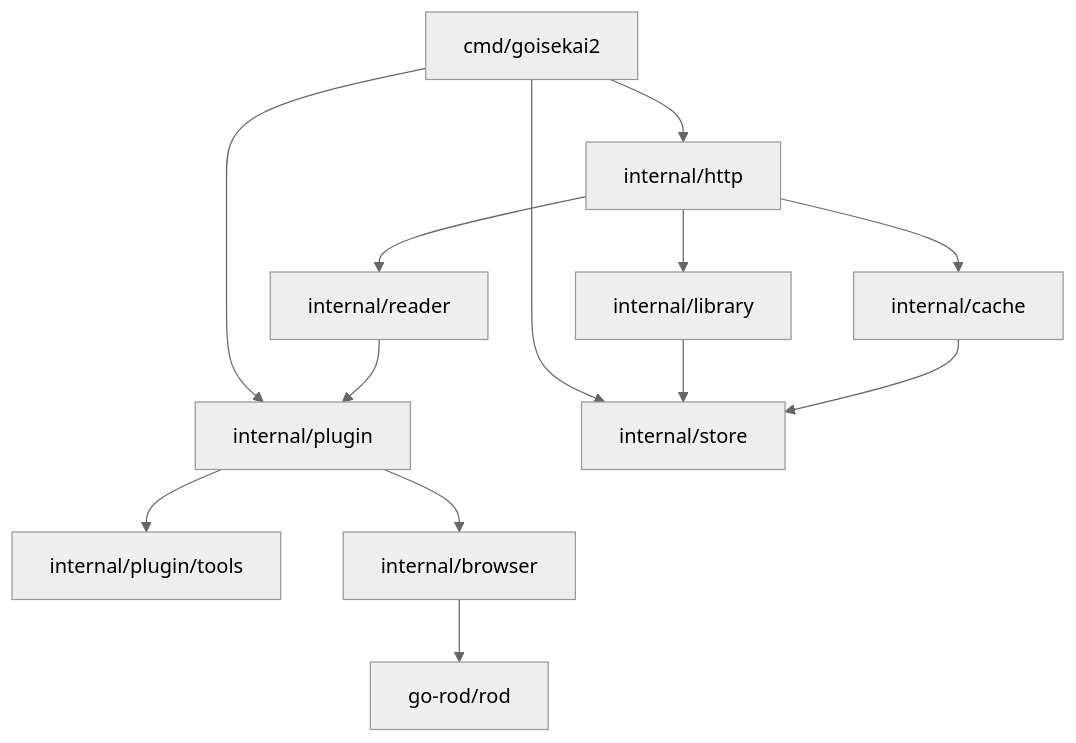
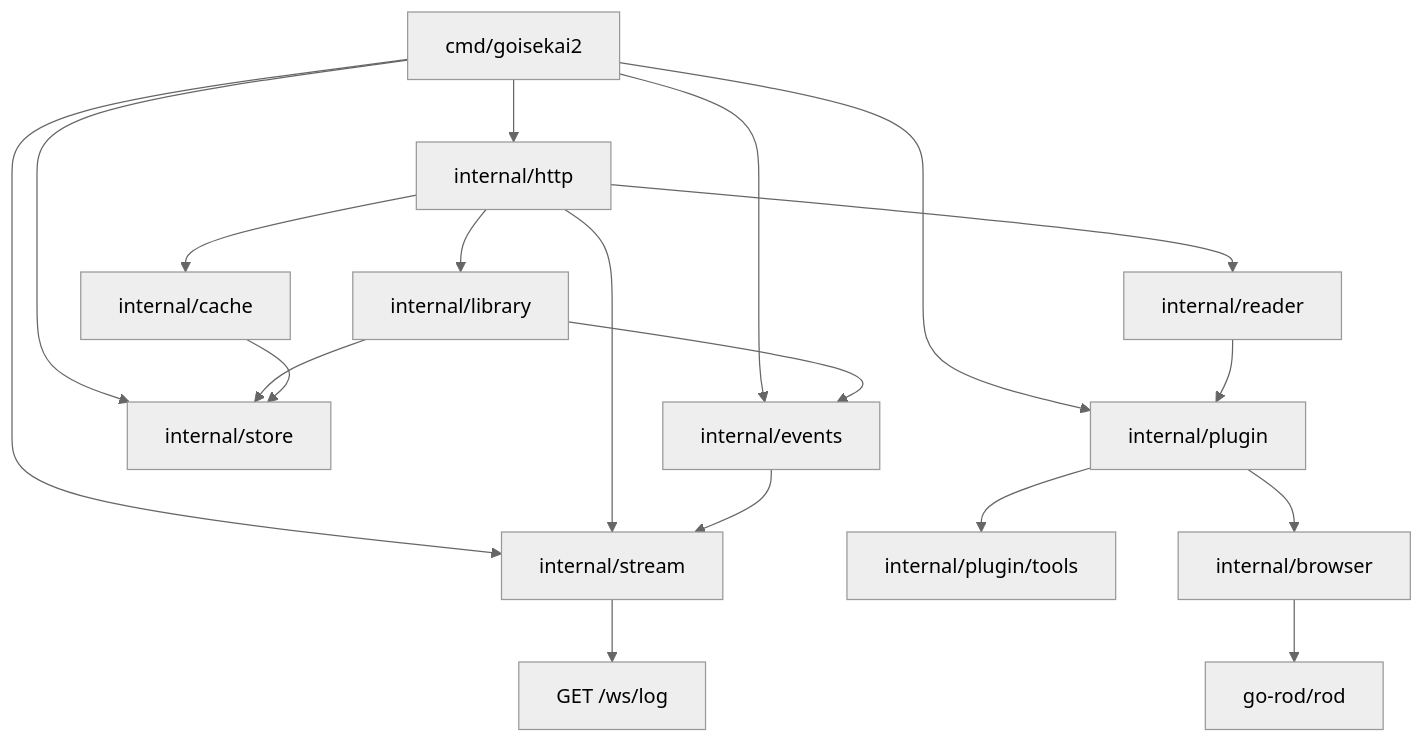
One commit to kenzanin/goIsekai2 changed the first of 2 diagrams in internal/http/assets/README.md. Above: the diagram before and after it, drawn with Mermaid (neutral theme). The commit also changed 1 other file, not shown here.

Commit message:
docs: include event bus and stream in README diagram

````diff
--- a/internal/http/assets/README.md
+++ b/internal/http/assets/README.md
@@ -20,15 +20,21 @@
 ```mermaid
 graph TD
   CLI[cmd/goisekai2] --> HTTP[internal/http]
   CLI --> HOST[internal/plugin]
   CLI --> STORE[internal/store]
+  CLI --> BUS[internal/events]
+  CLI --> STREAM[internal/stream]
   HTTP --> LIB[internal/library]
   HTTP --> READER[internal/reader]
   HTTP --> CACHE[internal/cache]
+  HTTP --> STREAM
+  BUS --> STREAM
   LIB --> STORE
+  LIB --> BUS
   READER --> HOST
   HOST --> TOOLS[internal/plugin/tools]
   HOST --> BROWSER[internal/browser]
   BROWSER --> ROD[go-rod/rod]
   CACHE --> STORE
+  STREAM --> WS[GET /ws/log]
 ```
````
